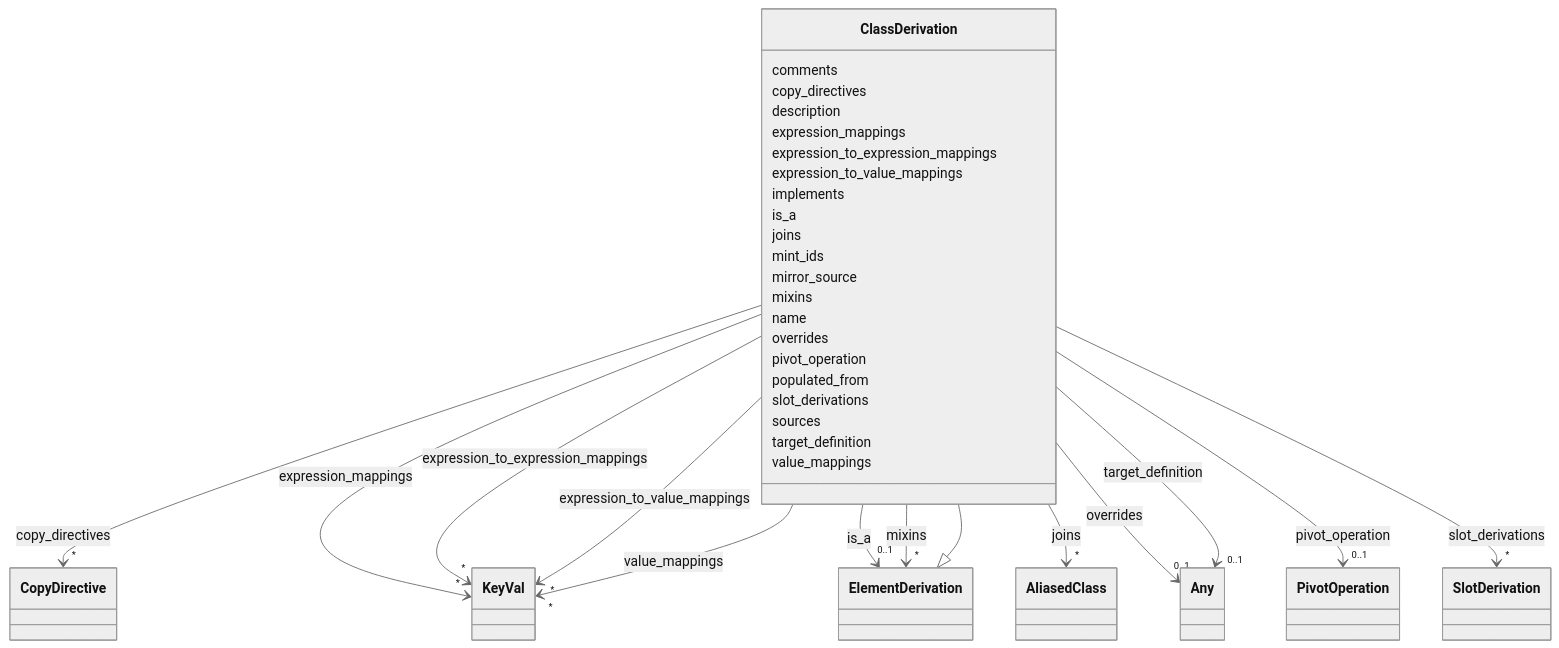
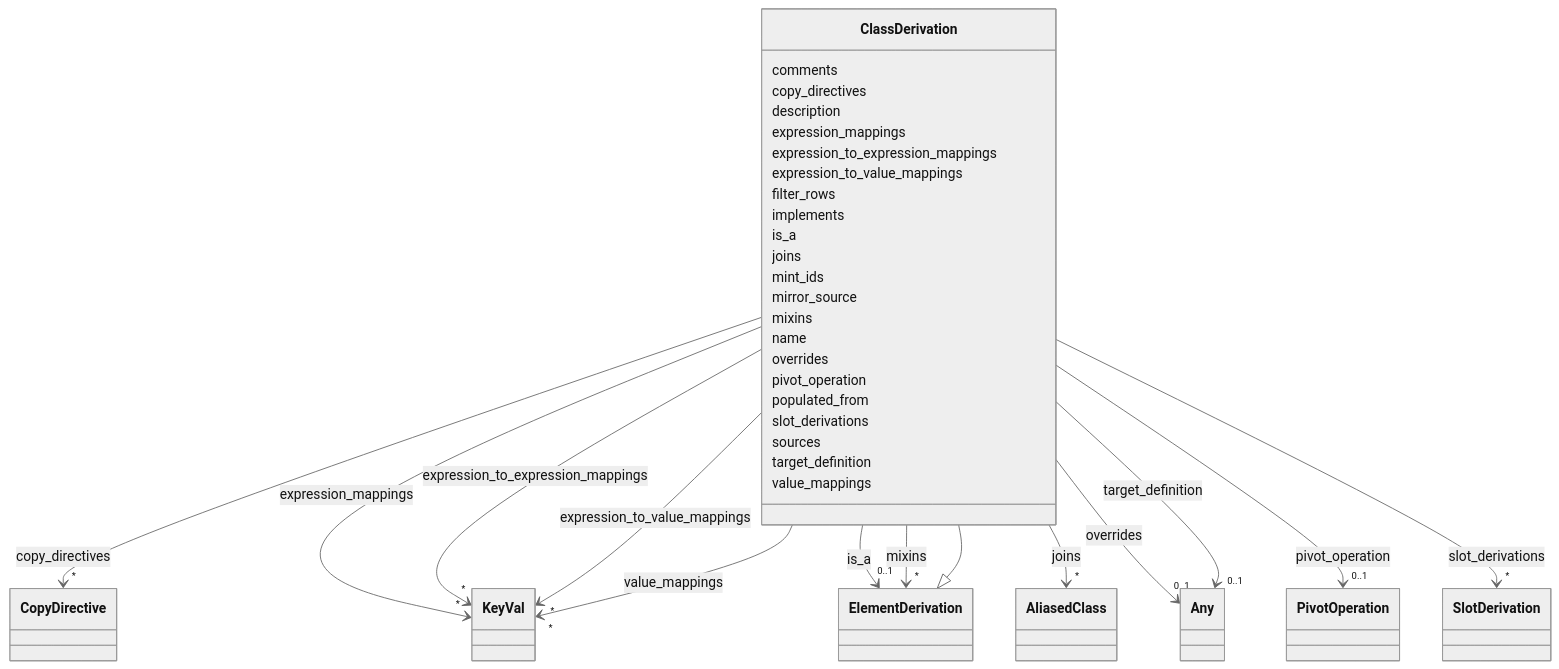
Before and after one commit to linkml/linkml-map: the diagram in docs/schema/classes/ClassDerivation.md, drawn with Mermaid (neutral theme). The commit also changed other lines of this file and 10 other files, not shown here.

Commit message:
Add filter_rows so a class derivation maps only the rows it applies to

```diff
--- a/docs/schema/classes/ClassDerivation.md
+++ b/docs/schema/classes/ClassDerivation.md
@@ -74,6 +74,8 @@
         click KeyVal href "../../classes/KeyVal/"
     
 
+        
+      ClassDerivation : filter_rows
         
       ClassDerivation : implements
         
```
